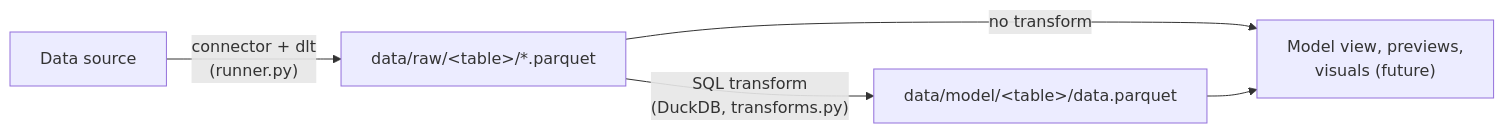
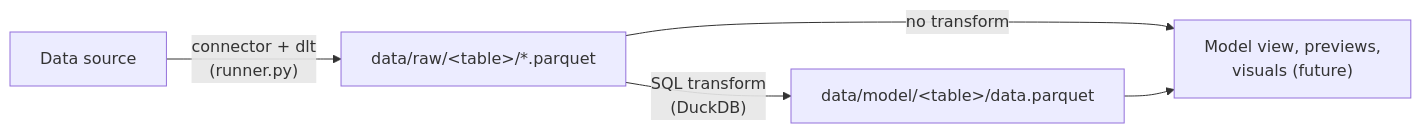
One commit to Elliot11/pawpawbi changed the second of 2 diagrams in docs/architecture.md. Above: the diagram before and after it, drawn with Mermaid. The commit also changed other lines of this file and 21 other files, not shown here.

First line of the commit message:
Refactor data processing to use DuckDB for CSV and Excel file handling

````diff
--- a/docs/architecture.md
+++ b/docs/architecture.md
@@ -102,7 +102,7 @@
 ```mermaid
 flowchart LR
   SRC["Data source"] -->|"connector + dlt<br/>(runner.py)"| RAW["data/raw/&lt;table&gt;/*.parquet"]
-  RAW -->|"SQL transform<br/>(DuckDB, transforms.py)"| MOD["data/model/&lt;table&gt;/data.parquet"]
+  RAW -->|"SQL transform<br/>(DuckDB)"| MOD["data/model/&lt;table&gt;/data.parquet"]
   RAW -->|"no transform"| USE["Model view, previews,<br/>visuals (future)"]
   MOD --> USE
 ```
````
